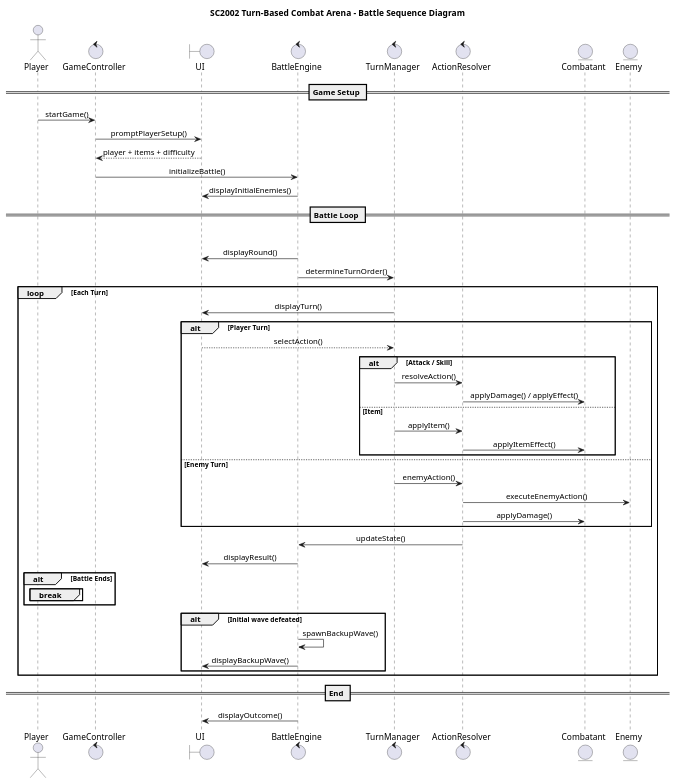
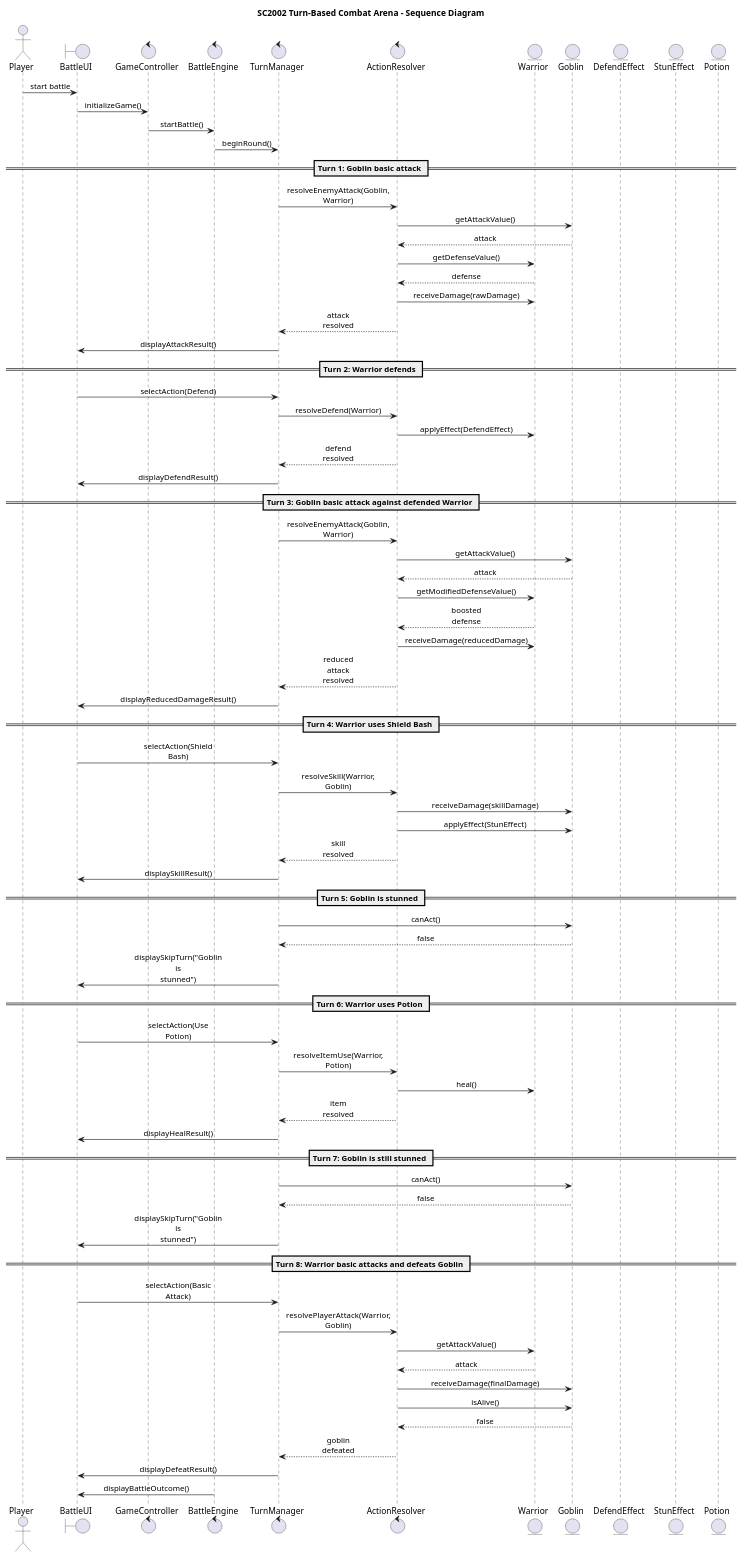
The diagram in docs/uml/sequence-diagram-v3.puml (AidenWangYQ/sc2002grpproject), drawn with PlantUML before and after one commit.

Commit message:
Update sequence diagram for battle mechanics

```diff
--- a/docs/uml/sequence-diagram-v3.puml
+++ b/docs/uml/sequence-diagram-v3.puml
@@ -1,67 +1,91 @@
 @startuml
-title SC2002 Turn-Based Combat Arena - Battle Sequence Diagram
+title SC2002 Turn-Based Combat Arena - Sequence Diagram
 
 skinparam sequenceMessageAlign center
-skinparam ParticipantPadding 30
+skinparam ParticipantPadding 25
+skinparam BoxPadding 10
+skinparam ResponseMessageBelowArrow true
+skinparam maxMessageSize 70
 
 actor Player
+boundary BattleUI as UI
 control GameController
-boundary UI
 control BattleEngine
 control TurnManager
 control ActionResolver
-entity Combatant
-entity Enemy
+entity Warrior
+entity Goblin
+entity DefendEffect
+entity StunEffect
+entity Potion
 
-== Game Setup ==
-Player -> GameController : startGame()
-GameController -> UI : promptPlayerSetup()
-UI --> GameController : player + items + difficulty
+Player -> UI : start battle
+UI -> GameController : initializeGame()
+GameController -> BattleEngine : startBattle()
+BattleEngine -> TurnManager : beginRound()
 
-GameController -> BattleEngine : initializeBattle()
-BattleEngine -> UI : displayInitialEnemies()
+== Turn 1: Goblin basic attack ==
+TurnManager -> ActionResolver : resolveEnemyAttack(Goblin, Warrior)
+ActionResolver -> Goblin : getAttackValue()
+Goblin --> ActionResolver : attack
+ActionResolver -> Warrior : getDefenseValue()
+Warrior --> ActionResolver : defense
+ActionResolver -> Warrior : receiveDamage(rawDamage)
+ActionResolver --> TurnManager : attack resolved
+TurnManager -> UI : displayAttackResult()
 
-== Battle Loop ==
-loop Each Round
-    BattleEngine -> UI : displayRound()
+== Turn 2: Warrior defends ==
+UI -> TurnManager : selectAction(Defend)
+TurnManager -> ActionResolver : resolveDefend(Warrior)
+ActionResolver -> Warrior : applyEffect(DefendEffect)
+ActionResolver --> TurnManager : defend resolved
+TurnManager -> UI : displayDefendResult()
 
-    BattleEngine -> TurnManager : determineTurnOrder()
+== Turn 3: Goblin basic attack against defended Warrior ==
+TurnManager -> ActionResolver : resolveEnemyAttack(Goblin, Warrior)
+ActionResolver -> Goblin : getAttackValue()
+Goblin --> ActionResolver : attack
+ActionResolver -> Warrior : getModifiedDefenseValue()
+Warrior --> ActionResolver : boosted defense
+ActionResolver -> Warrior : receiveDamage(reducedDamage)
+ActionResolver --> TurnManager : reduced attack resolved
+TurnManager -> UI : displayReducedDamageResult()
 
-    loop Each Turn
-        TurnManager -> UI : displayTurn()
+== Turn 4: Warrior uses Shield Bash ==
+UI -> TurnManager : selectAction(Shield Bash)
+TurnManager -> ActionResolver : resolveSkill(Warrior, Goblin)
+ActionResolver -> Goblin : receiveDamage(skillDamage)
+ActionResolver -> Goblin : applyEffect(StunEffect)
+ActionResolver --> TurnManager : skill resolved
+TurnManager -> UI : displaySkillResult()
 
-        alt Player Turn
-            UI --> TurnManager : selectAction()
+== Turn 5: Goblin is stunned ==
+TurnManager -> Goblin : canAct()
+Goblin --> TurnManager : false
+TurnManager -> UI : displaySkipTurn("Goblin is stunned")
 
-            alt Attack / Skill
-                TurnManager -> ActionResolver : resolveAction()
-                ActionResolver -> Combatant : applyDamage() / applyEffect()
-            else Item
-                TurnManager -> ActionResolver : applyItem()
-                ActionResolver -> Combatant : applyItemEffect()
-            end
+== Turn 6: Warrior uses Potion ==
+UI -> TurnManager : selectAction(Use Potion)
+TurnManager -> ActionResolver : resolveItemUse(Warrior, Potion)
+ActionResolver -> Warrior : heal()
+ActionResolver --> TurnManager : item resolved
+TurnManager -> UI : displayHealResult()
 
-        else Enemy Turn
-            TurnManager -> ActionResolver : enemyAction()
-            ActionResolver -> Enemy : executeEnemyAction()
-            ActionResolver -> Combatant : applyDamage()
-        end
+== Turn 7: Goblin is still stunned ==
+TurnManager -> Goblin : canAct()
+Goblin --> TurnManager : false
+TurnManager -> UI : displaySkipTurn("Goblin is stunned")
 
-        ActionResolver -> BattleEngine : updateState()
-        BattleEngine -> UI : displayResult()
+== Turn 8: Warrior basic attacks and defeats Goblin ==
+UI -> TurnManager : selectAction(Basic Attack)
+TurnManager -> ActionResolver : resolvePlayerAttack(Warrior, Goblin)
+ActionResolver -> Warrior : getAttackValue()
+Warrior --> ActionResolver : attack
+ActionResolver -> Goblin : receiveDamage(finalDamage)
+ActionResolver -> Goblin : isAlive()
+Goblin --> ActionResolver : false
+ActionResolver --> TurnManager : goblin defeated
+TurnManager -> UI : displayDefeatResult()
 
-        alt Battle Ends
-            break
-        end
-    end
-
-    alt Initial wave defeated
-        BattleEngine -> BattleEngine : spawnBackupWave()
-        BattleEngine -> UI : displayBackupWave()
-    end
-end
-
-== End ==
-BattleEngine -> UI : displayOutcome()
-
+BattleEngine -> UI : displayBattleOutcome()
 @enduml
```
